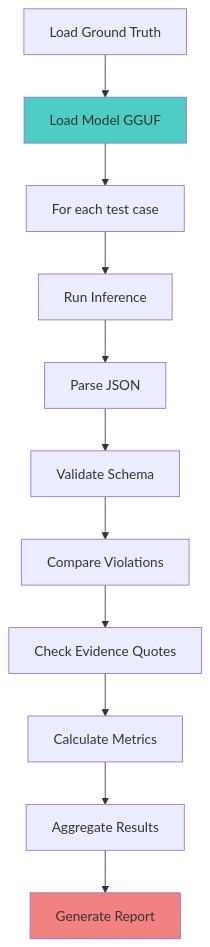
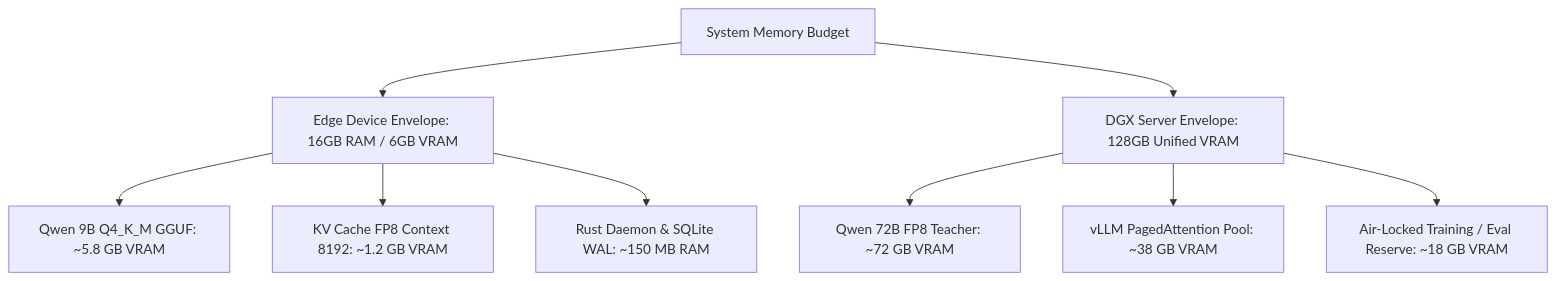
One commit to priyanshu-ogdev/Ssense changed the third of 3 diagrams in docs/DESIGN.md. Above: the diagram before and after it, drawn with Mermaid. The commit also changed other lines of this file and 13 other files, not shown here.

````diff
--- a/docs/DESIGN.md
+++ b/docs/DESIGN.md
@@ -910,16 +174,13 @@
 ```mermaid
-graph TB
-    A[Load Ground Truth] --> B[Load Model GGUF]
-    B --> C[For each test case]
-    C --> D[Run Inference]
-    D --> E[Parse JSON]
-    E --> F[Validate Schema]
-    F --> G[Compare Violations]
-    G --> H[Check Evidence Quotes]
-    H --> I[Calculate Metrics]
-    I --> J[Aggregate Results]
-    J --> K[Generate Report]
+graph TD
+    A[System Memory Budget] --> B[Edge Device Envelope: 16GB RAM / 6GB VRAM]
+    A --> C[DGX Server Envelope: 128GB Unified VRAM]
     
-    style B fill:#4ecdc4
-    style K fill:#f38181
+    B --> B1[Qwen 9B Q4_K_M GGUF: ~5.8 GB VRAM]
+    B --> B2[KV Cache FP8 Context 8192: ~1.2 GB VRAM]
+    B --> B3[Rust Daemon & SQLite WAL: ~150 MB RAM]
+    
+    C --> C1[Qwen 72B FP8 Teacher: ~72 GB VRAM]
+    C --> C2[vLLM PagedAttention Pool: ~38 GB VRAM]
+    C --> C3[Air-Locked Training / Eval Reserve: ~18 GB VRAM]
 ```
````
